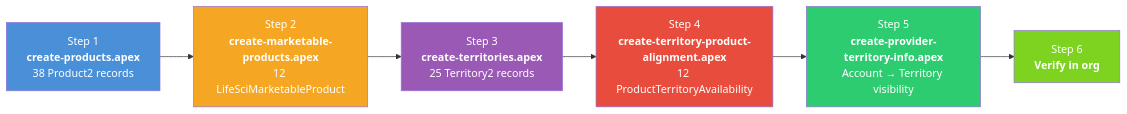
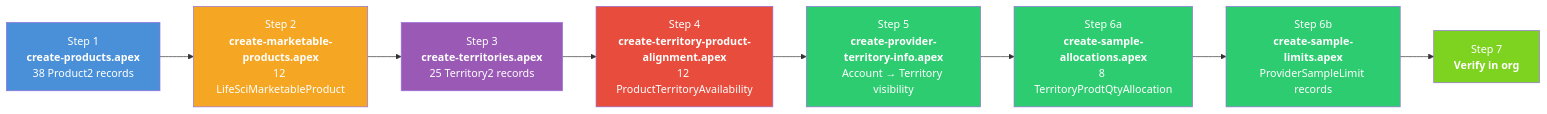
One commit to afls-ideas/Multi-Country-Brand-Setup changed the first of 5 diagrams in README-04-Data-Loading-Scripts.md. Above: the diagram before and after it, drawn with Mermaid. The commit also changed other lines of this file and 10 other files, not shown here.

````diff
--- a/README-04-Data-Loading-Scripts.md
+++ b/README-04-Data-Loading-Scripts.md
@@ -7,15 +7,19 @@
 ```mermaid
 flowchart LR
     S1["Step 1<br/><b>create-products.apex</b><br/>38 Product2 records"] --> S2["Step 2<br/><b>create-marketable-products.apex</b><br/>12 LifeSciMarketableProduct"]
     S2 --> S3["Step 3<br/><b>create-territories.apex</b><br/>25 Territory2 records"]
     S3 --> S4["Step 4<br/><b>create-territory-product-alignment.apex</b><br/>12 ProductTerritoryAvailability"]
     S4 --> S5["Step 5<br/><b>create-provider-territory-info.apex</b><br/>Account → Territory visibility"]
-    S5 --> S6["Step 6<br/><b>Verify in org</b>"]
+    S5 --> S6a["Step 6a<br/><b>create-sample-allocations.apex</b><br/>8 TerritoryProdtQtyAllocation"]
+    S6a --> S6b["Step 6b<br/><b>create-sample-limits.apex</b><br/>ProviderSampleLimit records"]
+    S6b --> S7["Step 7<br/><b>Verify in org</b>"]
 
     style S1 fill:#4a90d9,color:#fff
     style S2 fill:#f5a623,color:#fff
     style S3 fill:#9b59b6,color:#fff
     style S4 fill:#e74c3c,color:#fff
     style S5 fill:#2ecc71,color:#fff
-    style S6 fill:#7ed321,color:#fff
+    style S6a fill:#2ecc71,color:#fff
+    style S6b fill:#2ecc71,color:#fff
+    style S7 fill:#7ed321,color:#fff
 ```
````
